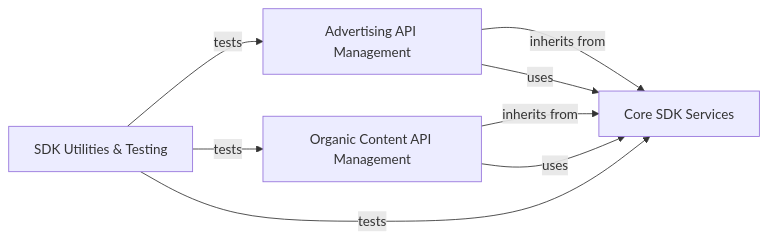
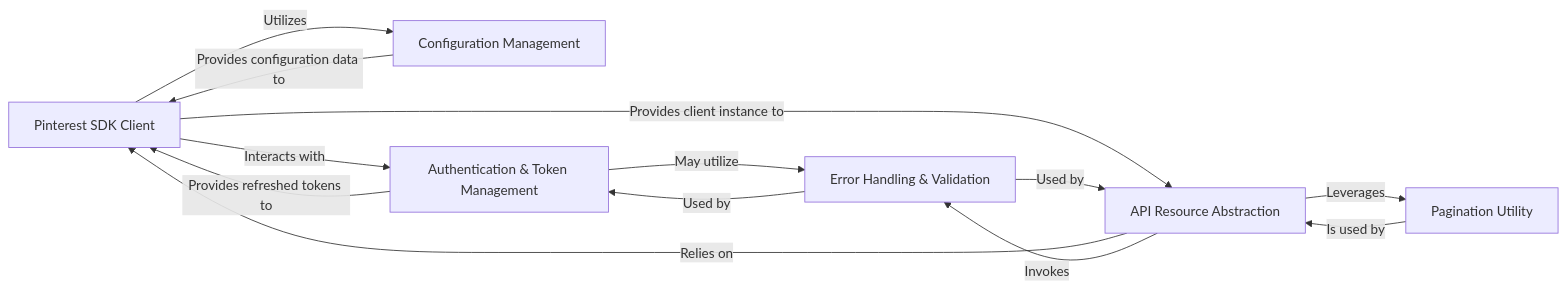
One commit to CodeBoarding/pinterest-python-sdk changed the diagram in .codeboarding/on_boarding.md. Above: the diagram before and after it, drawn with Mermaid. The commit also changed other lines of this file and 7 other files, not shown here.

Commit message:
Added high-level diagrams

````diff
--- a/.codeboarding/on_boarding.md
+++ b/.codeboarding/on_boarding.md
@@ -1,20 +1,47 @@
 ```mermaid
+
 graph LR
-    Core_SDK_Services["Core SDK Services"]
-    Advertising_API_Management["Advertising API Management"]
-    Organic_Content_API_Management["Organic Content API Management"]
-    SDK_Utilities_Testing["SDK Utilities & Testing"]
-    SDK_Utilities_Testing["SDK Utilities & Testing"]
-    Advertising_API_Management -- "inherits from" --> Core_SDK_Services
-    Advertising_API_Management -- "uses" --> Core_SDK_Services
-    Organic_Content_API_Management -- "inherits from" --> Core_SDK_Services
-    Organic_Content_API_Management -- "uses" --> Core_SDK_Services
-    SDK_Utilities_Testing -- "tests" --> Core_SDK_Services
-    SDK_Utilities_Testing -- "tests" --> Advertising_API_Management
-    SDK_Utilities_Testing -- "tests" --> Organic_Content_API_Management
-    click Core_SDK_Services href "https://github.com/CodeBoarding/GeneratedOnBoardings/blob/main/pinterest-python-sdk/Core SDK Services.md" "Details"
-    click Advertising_API_Management href "https://github.com/CodeBoarding/GeneratedOnBoardings/blob/main/pinterest-python-sdk/Advertising API Management.md" "Details"
-    click Organic_Content_API_Management href "https://github.com/CodeBoarding/GeneratedOnBoardings/blob/main/pinterest-python-sdk/Organic Content API Management.md" "Details"
-    click SDK_Utilities_Testing href "https://github.com/CodeBoarding/GeneratedOnBoardings/blob/main/pinterest-python-sdk/SDK Utilities & Testing.md" "Details"
-    click SDK_Utilities_Testing href "https://github.com/CodeBoarding/GeneratedOnBoardings/blob/main/pinterest-python-sdk/SDK Utilities & Testing.md" "Details"
+
+    Pinterest_SDK_Client["Pinterest SDK Client"]
+
+    API_Resource_Abstraction["API Resource Abstraction"]
+
+    Configuration_Management["Configuration Management"]
+
+    Authentication_Token_Management["Authentication & Token Management"]
+
+    Error_Handling_Validation["Error Handling & Validation"]
+
+    Pagination_Utility["Pagination Utility"]
+
+    Pinterest_SDK_Client -- "Utilizes" --> Configuration_Management
+
+    Pinterest_SDK_Client -- "Interacts with" --> Authentication_Token_Management
+
+    Pinterest_SDK_Client -- "Provides client instance to" --> API_Resource_Abstraction
+
+    API_Resource_Abstraction -- "Relies on" --> Pinterest_SDK_Client
+
+    API_Resource_Abstraction -- "Leverages" --> Pagination_Utility
+
+    API_Resource_Abstraction -- "Invokes" --> Error_Handling_Validation
+
+    Configuration_Management -- "Provides configuration data to" --> Pinterest_SDK_Client
+
+    Authentication_Token_Management -- "Provides refreshed tokens to" --> Pinterest_SDK_Client
+
+    Authentication_Token_Management -- "May utilize" --> Error_Handling_Validation
+
+    Error_Handling_Validation -- "Used by" --> API_Resource_Abstraction
+
+    Error_Handling_Validation -- "Used by" --> Authentication_Token_Management
+
+    Pagination_Utility -- "Is used by" --> API_Resource_Abstraction
+
+    click Pinterest_SDK_Client href "https://github.com/pinterest/pinterest-python-sdk/blob/main/.codeboarding//Pinterest_SDK_Client.md" "Details"
+
+    click API_Resource_Abstraction href "https://github.com/pinterest/pinterest-python-sdk/blob/main/.codeboarding//API_Resource_Abstraction.md" "Details"
+
+    click Pagination_Utility href "https://github.com/pinterest/pinterest-python-sdk/blob/main/.codeboarding//Pagination_Utility.md" "Details"
+
 ```
````
